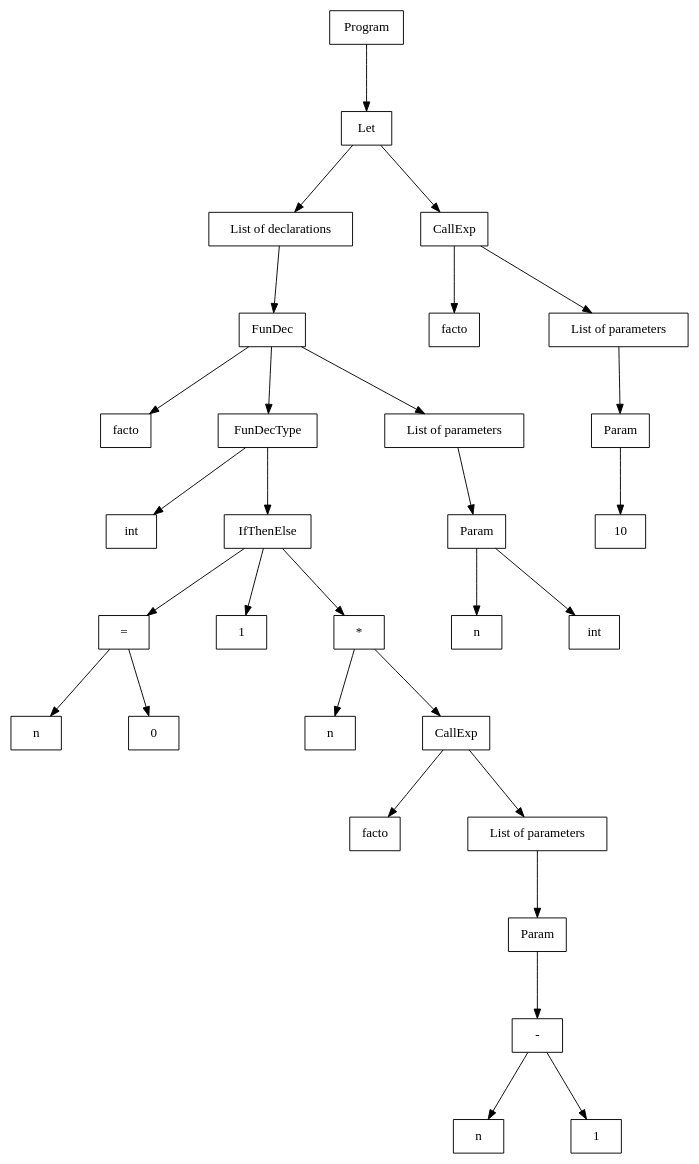
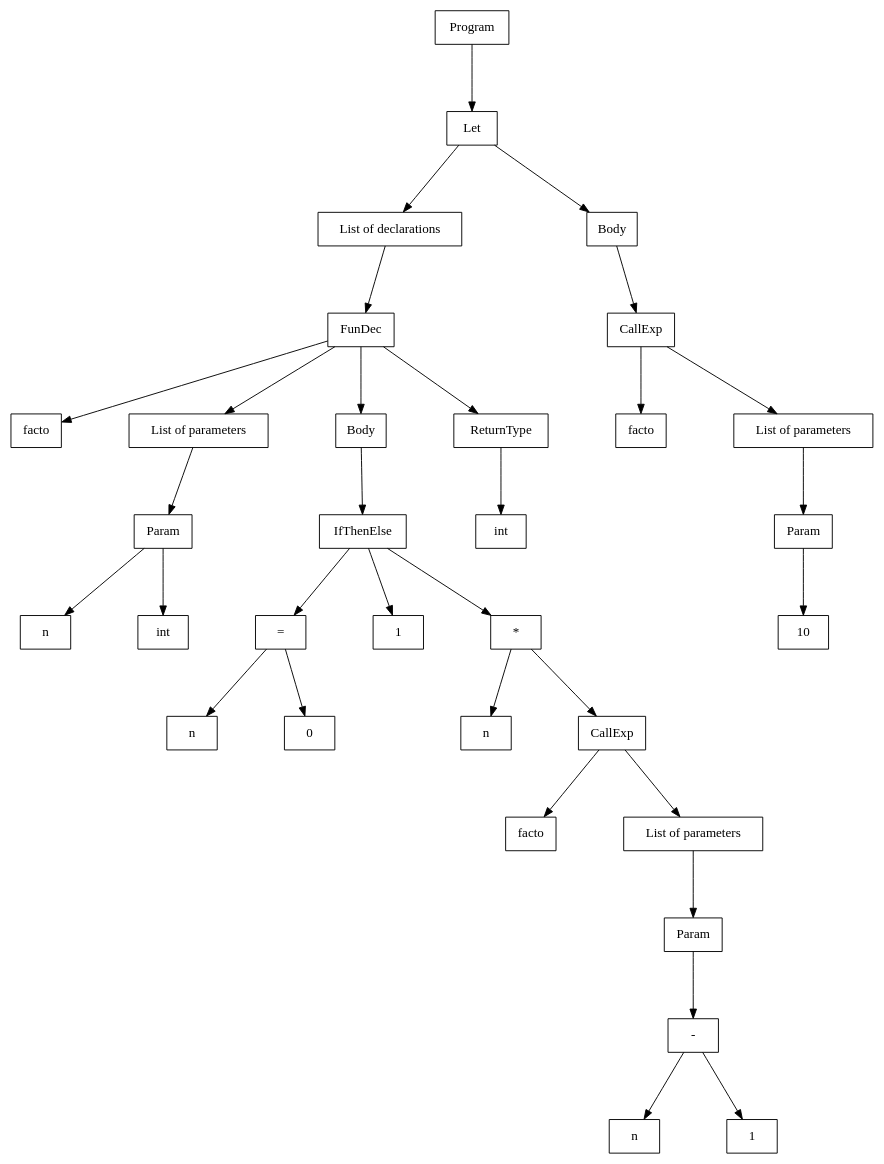
The diagram in out/tree.dot (BigBaz54/Tiger_compiler), drawn with Graphviz before and after one commit. The commit also changed 6 other files, not shown here.

Commit message:
[+] Correction affichage de funDec, ajout du noeud body et returnType

```diff
--- a/out/tree.dot
+++ b/out/tree.dot
@@ -1,66 +1,70 @@
 digraph "ast"{
 
 	nodesep=1;
 	ranksep=1;
 
 	N1 [label="Let", shape="box"];
 	N2 [label="List of declarations", shape="box"];
 	N3 [label="FunDec", shape="box"];
 	N4 [label="facto", shape="box"];
-	N5 [label="FunDecType", shape="box"];
-	N6 [label="int", shape="box"];
-	N7 [label="IfThenElse", shape="box"];
-	N8 [label="=", shape="box"];
-	N9 [label="n", shape="box"];
-	N10 [label="0", shape="box"];
-	N11 [label="1", shape="box"];
-	N12 [label="*", shape="box"];
-	N13 [label="n", shape="box"];
-	N14 [label="CallExp", shape="box"];
-	N15 [label="facto", shape="box"];
-	N16 [label="List of parameters", shape="box"];
-	N17 [label="-", shape="box"];
-	N18 [label="n", shape="box"];
-	N19 [label="1", shape="box"];
-	N20 [label="Param", shape="box"];
-	N21 [label="List of parameters", shape="box"];
-	N22 [label="n", shape="box"];
-	N23 [label="int", shape="box"];
-	N24 [label="Param", shape="box"];
-	N25 [label="CallExp", shape="box"];
-	N26 [label="facto", shape="box"];
-	N27 [label="List of parameters", shape="box"];
-	N28 [label="10", shape="box"];
-	N29 [label="Param", shape="box"];
+	N5 [label="List of parameters", shape="box"];
+	N6 [label="n", shape="box"];
+	N7 [label="int", shape="box"];
+	N8 [label="Param", shape="box"];
+	N9 [label="Body", shape="box"];
+	N10 [label="IfThenElse", shape="box"];
+	N11 [label="=", shape="box"];
+	N12 [label="n", shape="box"];
+	N13 [label="0", shape="box"];
+	N14 [label="1", shape="box"];
+	N15 [label="*", shape="box"];
+	N16 [label="n", shape="box"];
+	N17 [label="CallExp", shape="box"];
+	N18 [label="facto", shape="box"];
+	N19 [label="List of parameters", shape="box"];
+	N20 [label="-", shape="box"];
+	N21 [label="n", shape="box"];
+	N22 [label="1", shape="box"];
+	N23 [label="Param", shape="box"];
+	N24 [label="ReturnType", shape="box"];
+	N25 [label="int", shape="box"];
+	N26 [label="Body", shape="box"];
+	N27 [label="CallExp", shape="box"];
+	N28 [label="facto", shape="box"];
+	N29 [label="List of parameters", shape="box"];
+	N30 [label="10", shape="box"];
+	N31 [label="Param", shape="box"];
 	N0 [label="Program", shape="box"];
 
 	N1 -> N2; 
-	N8 -> N9; 
-	N8 -> N10; 
-	N14 -> N15; 
+	N8 -> N6; 
+	N8 -> N7; 
+	N5 -> N8; 
+	N11 -> N12; 
+	N11 -> N13; 
 	N17 -> N18; 
+	N20 -> N21; 
+	N20 -> N22; 
+	N23 -> N20; 
+	N19 -> N23; 
 	N17 -> N19; 
-	N20 -> N17; 
-	N16 -> N20; 
-	N14 -> N16; 
-	N12 -> N13; 
-	N12 -> N14; 
-	N7 -> N8; 
-	N7 -> N11; 
-	N7 -> N12; 
-	N5 -> N6; 
-	N5 -> N7; 
-	N24 -> N22; 
-	N24 -> N23; 
-	N21 -> N24; 
+	N15 -> N16; 
+	N15 -> N17; 
+	N10 -> N11; 
+	N10 -> N14; 
+	N10 -> N15; 
 	N3 -> N4; 
 	N3 -> N5; 
-	N3 -> N21; 
+	N3 -> N9; 
+	N9 -> N10; 
+	N3 -> N24; 
+	N24 -> N25; 
 	N2 -> N3; 
-	N25 -> N26; 
-	N29 -> N28; 
+	N1 -> N26; 
+	N27 -> N28; 
+	N31 -> N30; 
+	N29 -> N31; 
 	N27 -> N29; 
-	N25 -> N27; 
-	N1 -> N25; 
+	N26 -> N27; 
 	N0 -> N1; 
 }
```
